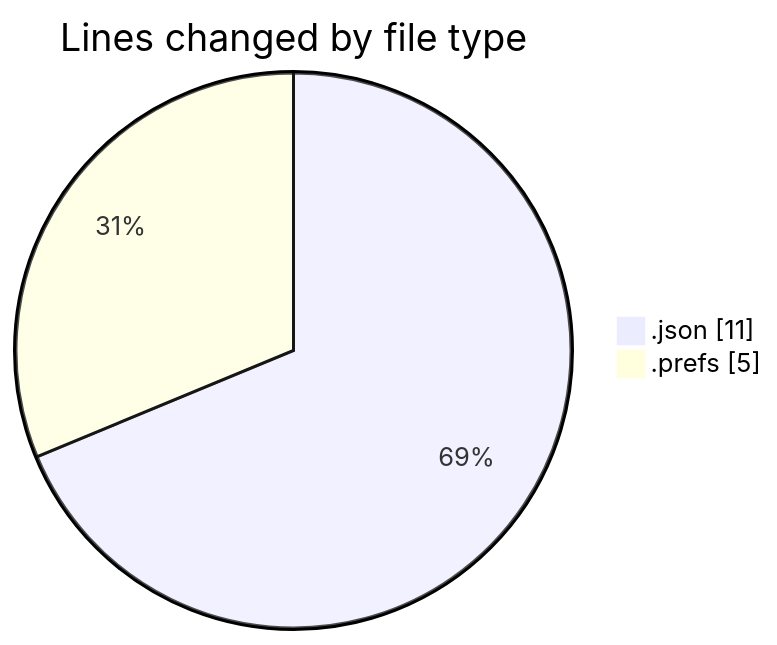
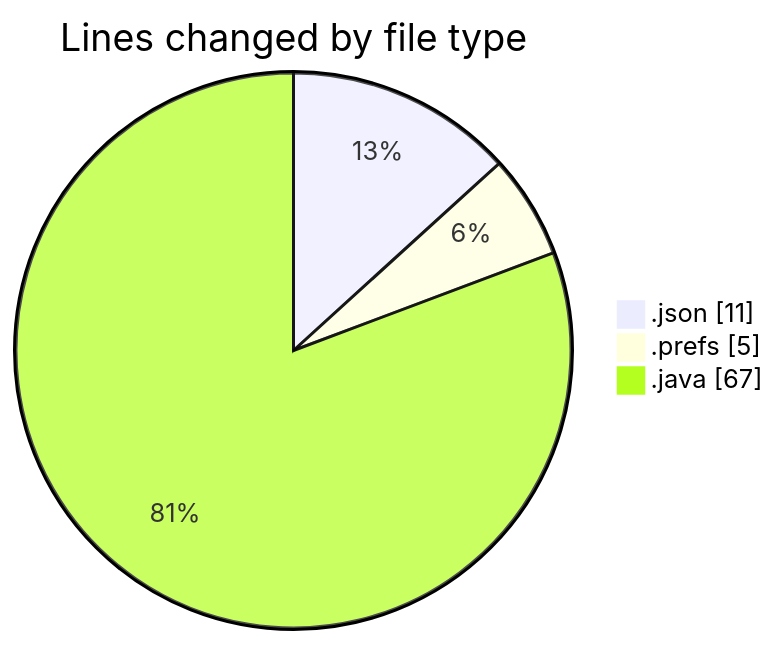
The first of 2 diagrams in 2026-11-03/cilreports__workspace_/README.md (ricardozamudiocil/code-tracking), drawn with Mermaid before and after one commit. The commit also changed other lines of this file and 1 other file, not shown here.

````diff
--- a/2026-11-03/cilreports__workspace_/README.md
+++ b/2026-11-03/cilreports__workspace_/README.md
@@ -21,6 +22,7 @@
 ```mermaid
 pie showData
 title Lines changed by file type
 ".json" : 11
 ".prefs" : 5
+".java" : 67
 ```
````
